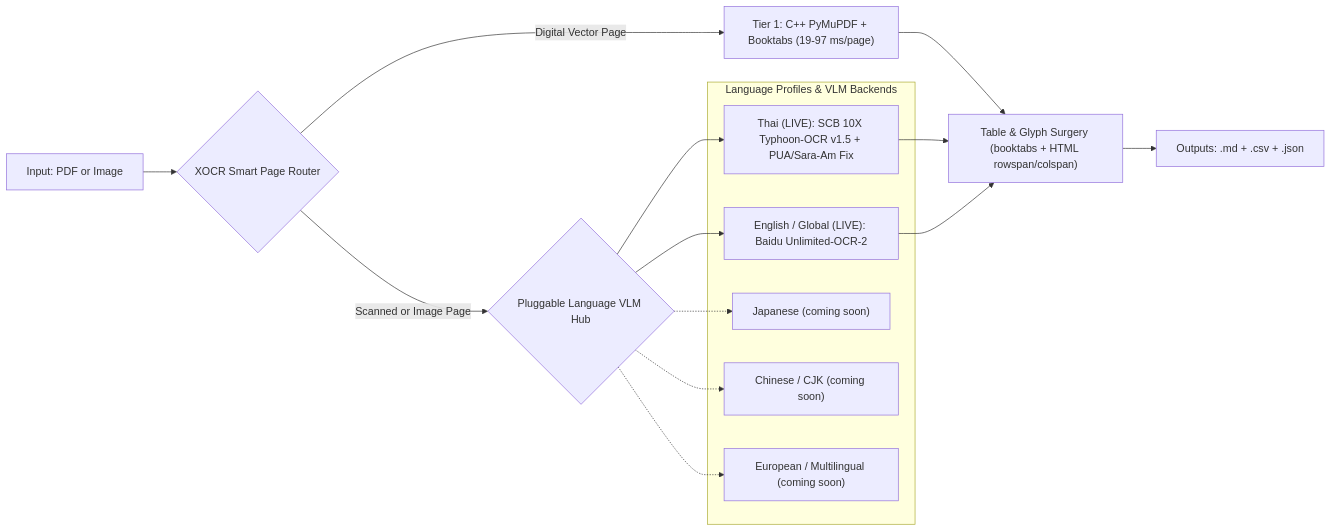
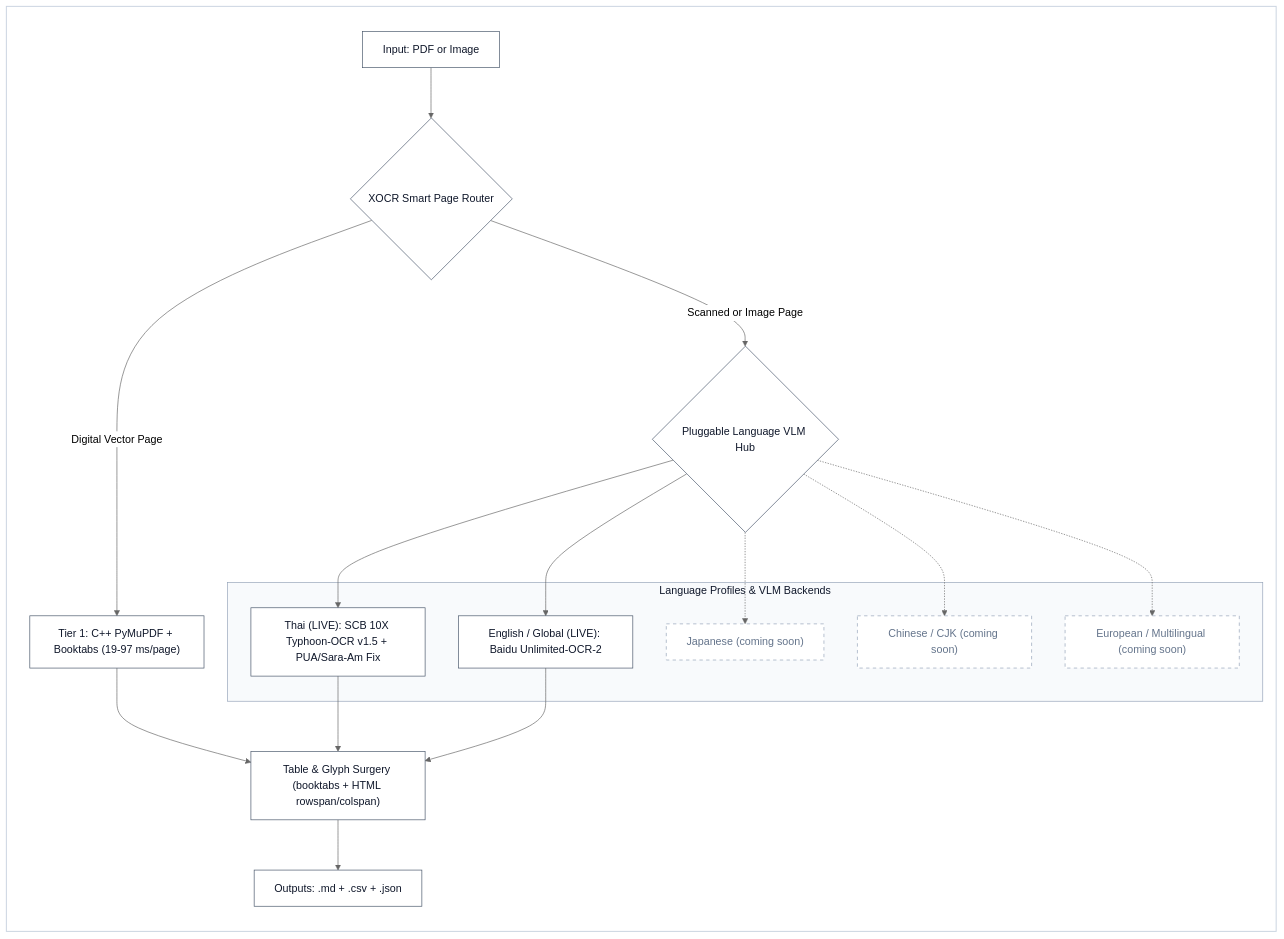
Before and after one commit to iscvlab/boostx: the diagram in skills/xocr/SKILL.md, drawn with Mermaid. The commit also changed 2 other files, not shown here.

Commit message:
docs(skills): sync White-Mode xocr/SKILL.md and github_readme_protocol.md v1.2

````diff
--- a/skills/xocr/SKILL.md
+++ b/skills/xocr/SKILL.md
@@ -17,25 +17,34 @@
 ```mermaid
+%%{init: {'theme': 'neutral'}}%%
 flowchart LR
-    In["Input: PDF or Image"] --> Router{"XOCR Smart Page Router"}
-    Router -->|"Digital Vector Page"| Fast["Tier 1: C++ PyMuPDF + Booktabs (19-97 ms/page)"]
-    Router -->|"Scanned or Image Page"| Hub{"Pluggable Language VLM Hub"}
+    subgraph Canvas [" "]
+        In["Input: PDF or Image"] --> Router{"XOCR Smart Page Router"}
+        Router -->|"Digital Vector Page"| Fast["Tier 1: C++ PyMuPDF + Booktabs (19-97 ms/page)"]
+        Router -->|"Scanned or Image Page"| Hub{"Pluggable Language VLM Hub"}
 
-    subgraph Profiles ["Language Profiles & VLM Backends"]
-        TH["Thai (LIVE): SCB 10X Typhoon-OCR v1.5 + PUA/Sara-Am Fix"]
-        EN["English / Global (LIVE): Baidu Unlimited-OCR-2"]
-        JP["Japanese (coming soon)"]
-        ZH["Chinese / CJK (coming soon)"]
-        EU["European / Multilingual (coming soon)"]
+        subgraph Profiles ["Language Profiles & VLM Backends"]
+            TH["Thai (LIVE): SCB 10X Typhoon-OCR v1.5 + PUA/Sara-Am Fix"]
+            EN["English / Global (LIVE): Baidu Unlimited-OCR-2"]
+            JP["Japanese (coming soon)"]
+            ZH["Chinese / CJK (coming soon)"]
+            EU["European / Multilingual (coming soon)"]
+        end
+
+        Hub --> TH
+        Hub --> EN
+        Hub -.-> JP
+        Hub -.-> ZH
+        Hub -.-> EU
+
+        Fast --> Surgery["Table & Glyph Surgery (booktabs + HTML rowspan/colspan)"]
+        TH --> Surgery
+        EN --> Surgery
+        Surgery --> Out["Outputs: .md + .csv + .json"]
     end
-
-    Hub --> TH
-    Hub --> EN
-    Hub -.-> JP
-    Hub -.-> ZH
-    Hub -.-> EU
-
-    Fast --> Surgery["Table & Glyph Surgery (booktabs + HTML rowspan/colspan)"]
-    TH --> Surgery
-    EN --> Surgery
-    Surgery --> Out["Outputs: .md + .csv + .json"]
+    classDef default fill:#ffffff,stroke:#475569,color:#0f172a,stroke-width:1px
+    style Canvas fill:#ffffff,stroke:#cbd5e1,stroke-width:1.5px,color:#0f172a
+    style Profiles fill:#f8fafc,stroke:#94a3b8,color:#0f172a
+    style JP fill:#ffffff,stroke:#94a3b8,stroke-dasharray: 5 5,color:#64748b
+    style ZH fill:#ffffff,stroke:#94a3b8,stroke-dasharray: 5 5,color:#64748b
+    style EU fill:#ffffff,stroke:#94a3b8,stroke-dasharray: 5 5,color:#64748b
 ```
````
